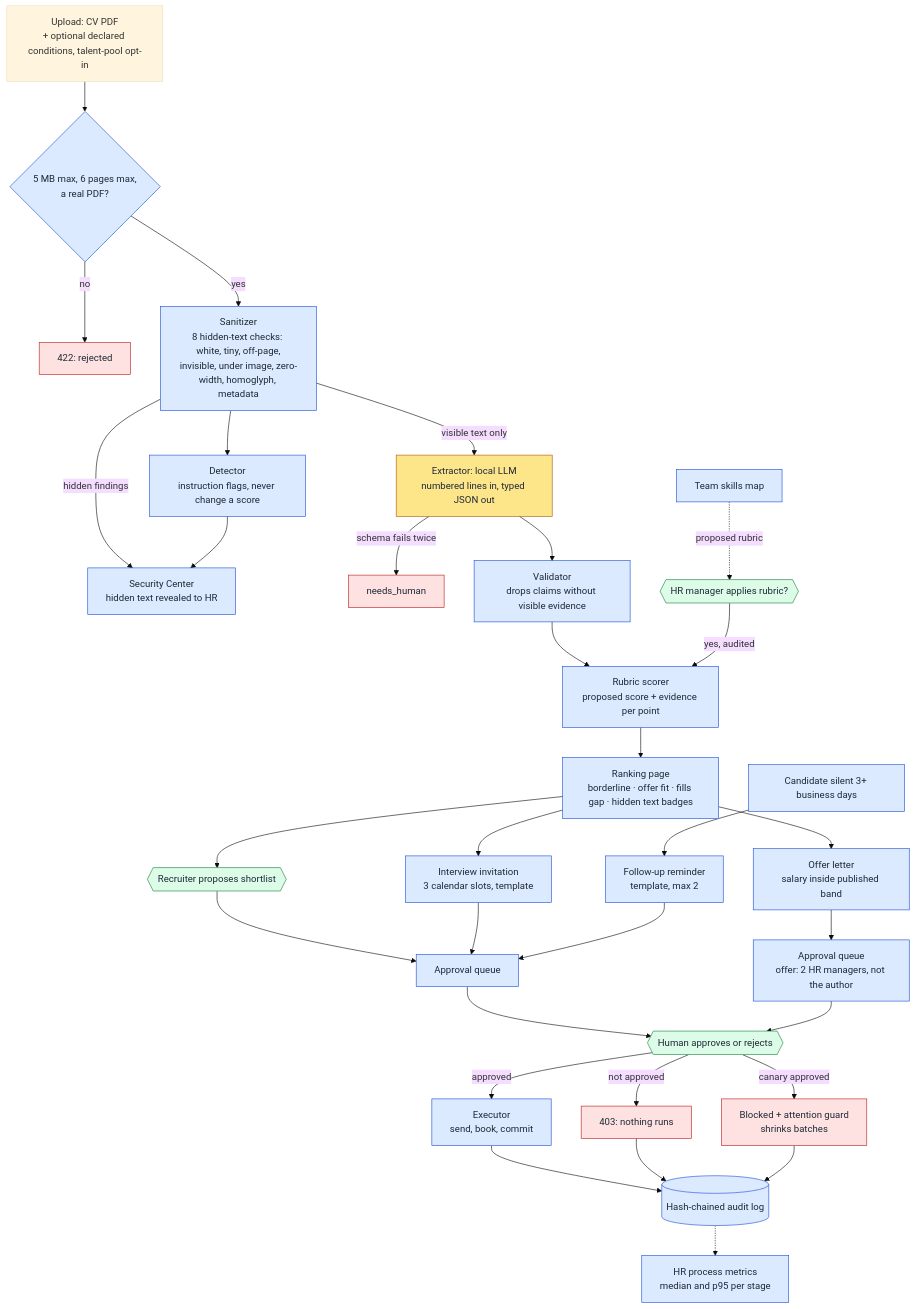
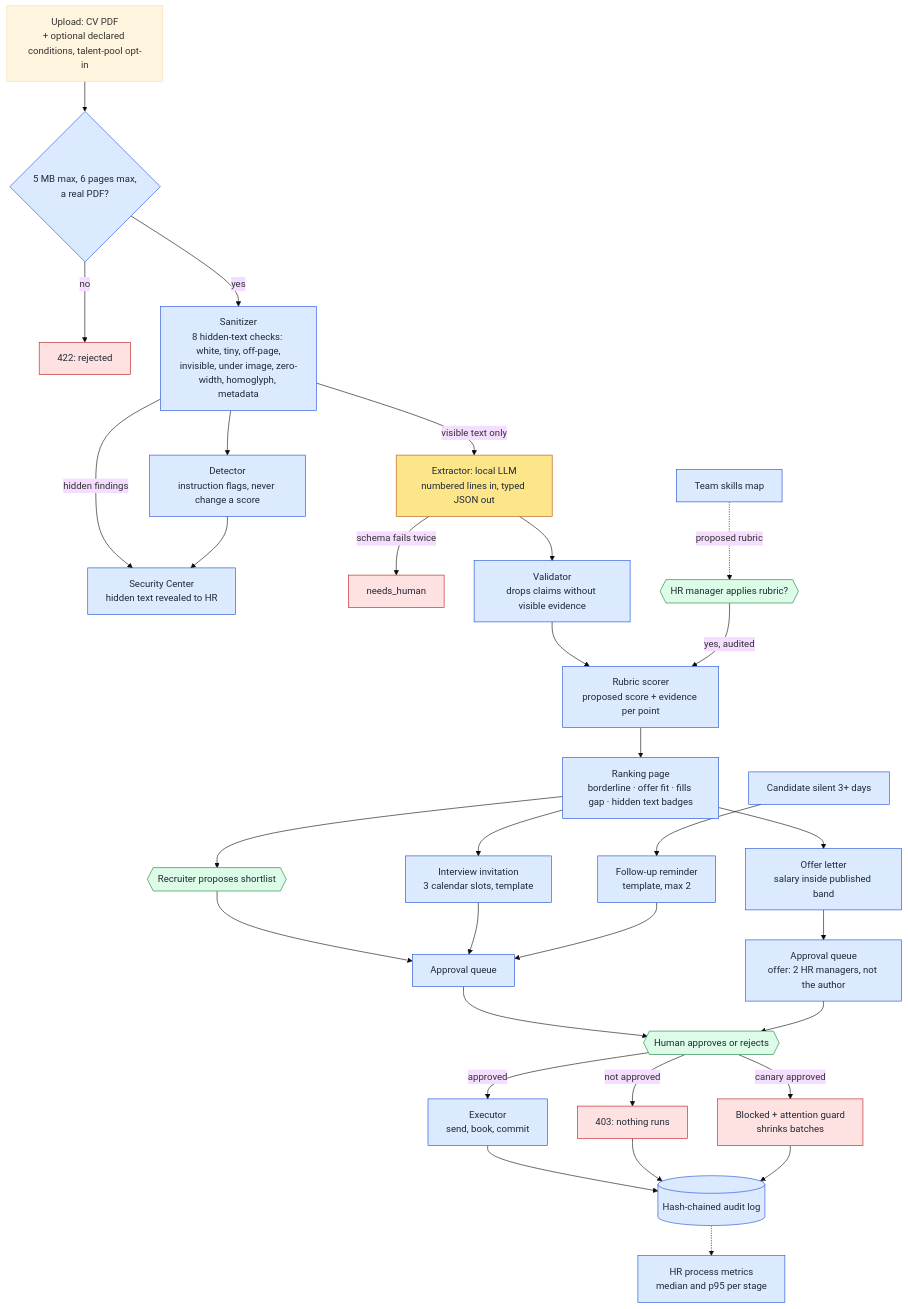
The second of 2 diagrams in hireguard/docs/architecture.md (Ahmed-Hedhili-se/Diga_Diga), drawn with Mermaid (base theme) before and after one commit. The commit also changed other lines of this file and 113 other files, not shown here.

````diff
--- a/hireguard/docs/architecture.md
+++ b/hireguard/docs/architecture.md
@@ -166,42 +167,42 @@
 ```mermaid
 flowchart TD
   UP["Upload: CV PDF<br/>+ optional declared conditions, talent-pool opt-in"] --> CHK{"5 MB max, 6 pages max,<br/>a real PDF?"}
   CHK -->|no| REJ["422: rejected"]
   CHK -->|yes| SAN["Sanitizer<br/>8 hidden-text checks: white, tiny, off-page,<br/>invisible, under image, zero-width, homoglyph, metadata"]
   SAN -->|hidden findings| SEC["Security Center<br/>hidden text revealed to HR"]
   SAN --> DET["Detector<br/>instruction flags, never change a score"]
   DET --> SEC
   SAN -->|visible text only| EXT["Extractor: local LLM<br/>numbered lines in, typed JSON out"]
   EXT -->|schema fails twice| NH["needs_human"]
   EXT --> VAL["Validator<br/>drops claims without visible evidence"]
   VAL --> SCO["Rubric scorer<br/>proposed score + evidence per point"]
   SCO --> RANK["Ranking page<br/>borderline · offer fit · fills gap · hidden text badges"]
   TEAMGAP["Team skills map"] -.->|"proposed rubric"| HRRUB{{"HR manager applies rubric?"}}
   HRRUB -->|"yes, audited"| SCO
   RANK --> SL{{"Recruiter proposes shortlist"}}
   SL --> Q1["Approval queue"]
   RANK --> INV["Interview invitation<br/>3 calendar slots, template"]
   INV --> Q1
   RANK --> OFF["Offer letter<br/>salary inside published band"]
   OFF --> Q2["Approval queue<br/>offer: 2 HR managers, not the author"]
-  SILENT["Candidate silent 3+ business days"] --> FUP["Follow-up reminder<br/>template, max 2"]
+  SILENT["Candidate silent 3+ days"] --> FUP["Follow-up reminder<br/>template, max 2"]
   FUP --> Q1
   Q1 --> H1{{"Human approves or rejects"}}
   Q2 --> H1
   H1 -->|approved| EXE["Executor<br/>send, book, commit"]
   H1 -->|"not approved"| X403["403: nothing runs"]
   H1 -->|"canary approved"| CAN["Blocked + attention guard<br/>shrinks batches"]
   EXE --> AUD[("Hash-chained audit log")]
   X403 --> AUD
   CAN --> AUD
   AUD -.-> PM["HR process metrics<br/>median and p95 per stage"]
 
   classDef ai fill:#fde68a,stroke:#b45309,color:#1f2937
   classDef code fill:#dbeafe,stroke:#1d4ed8,color:#1f2937
   classDef human fill:#dcfce7,stroke:#15803d,color:#1f2937
   classDef stop fill:#fee2e2,stroke:#b91c1c,color:#1f2937
   class EXT ai
   class CHK,SAN,DET,VAL,SCO,RANK,INV,OFF,FUP,Q1,Q2,EXE,AUD,PM,TEAMGAP,SEC,SILENT code
   class SL,H1,HRRUB human
   class REJ,NH,X403,CAN stop
 ```
````
